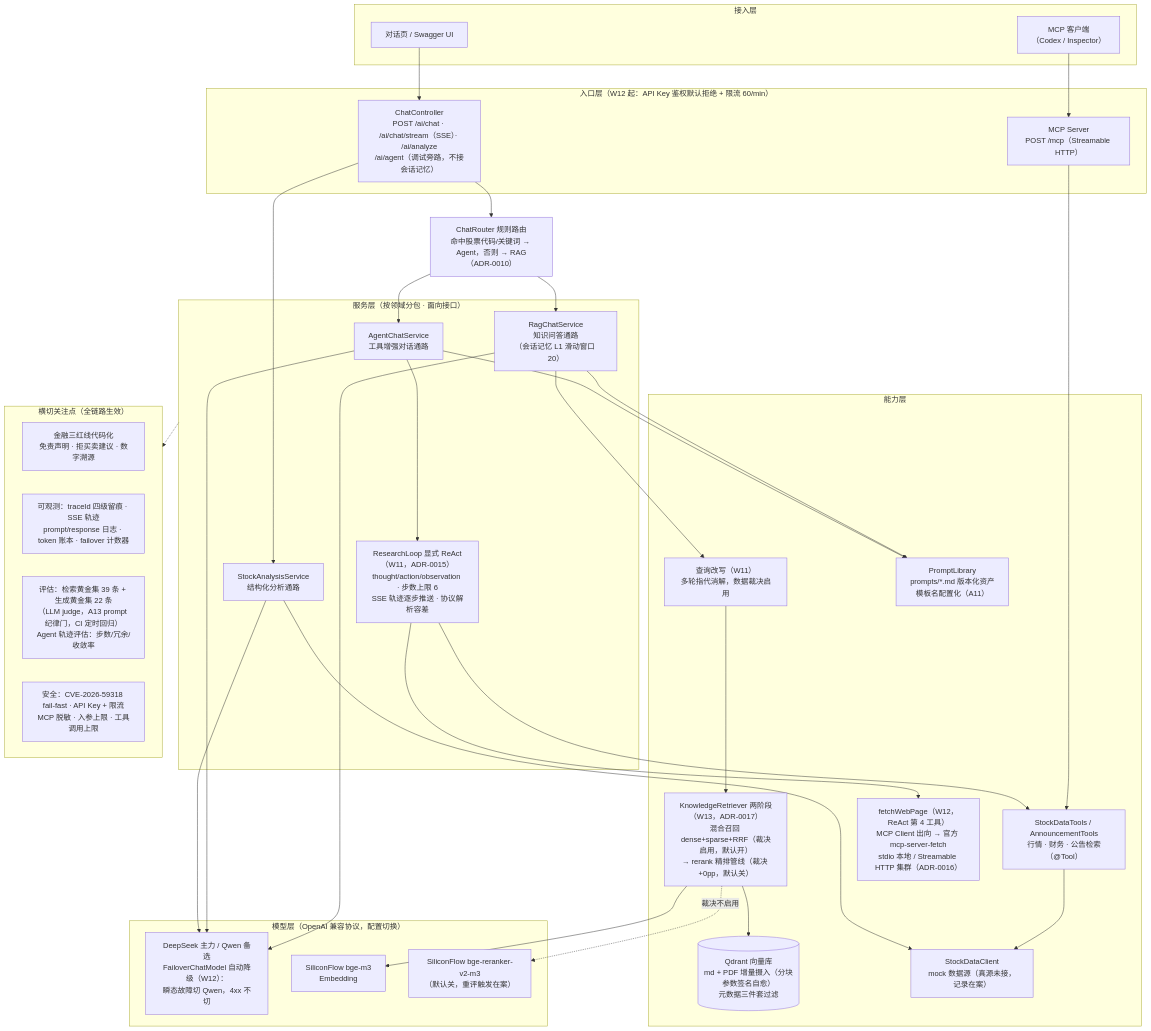
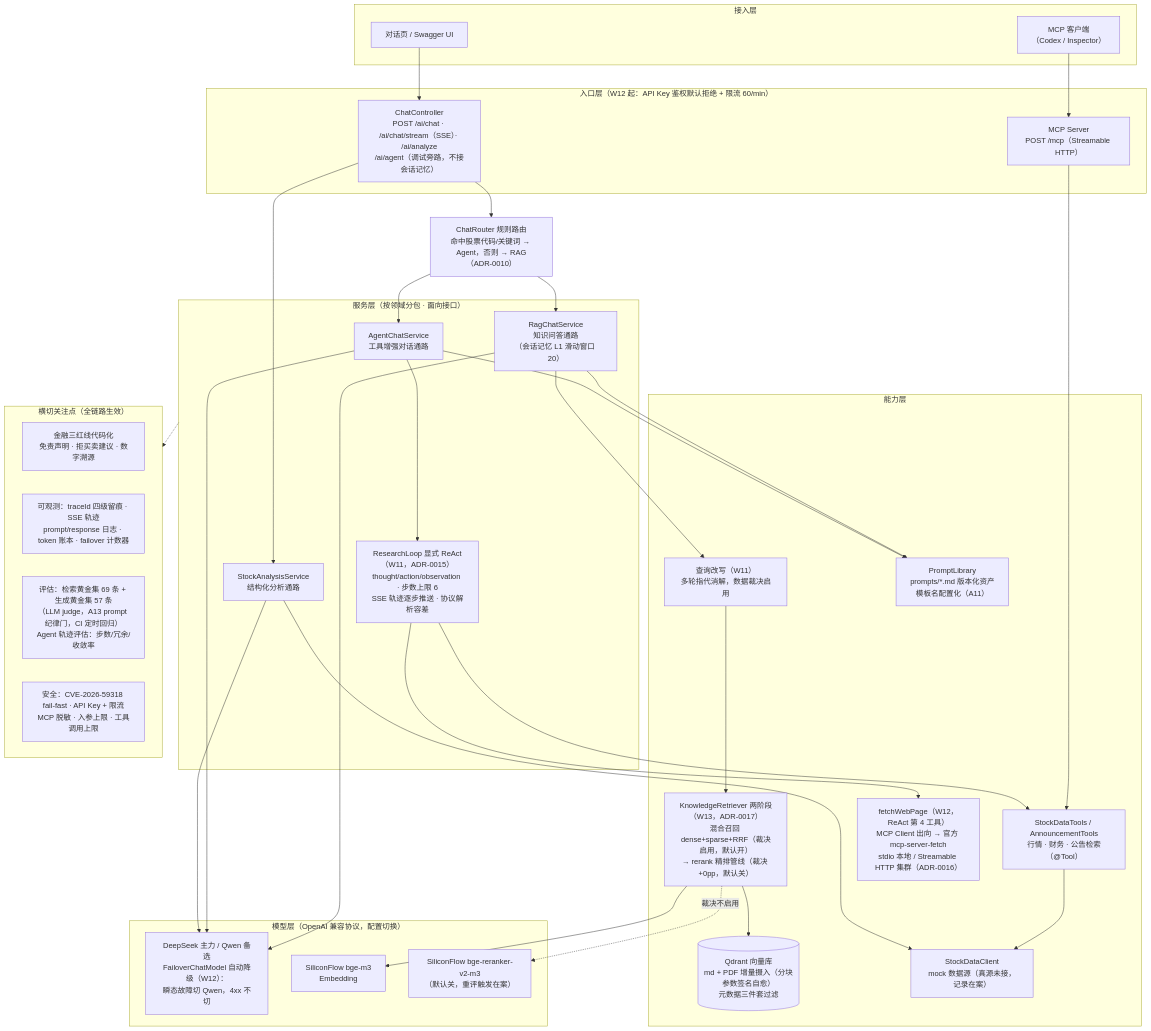
One commit to GuohuiYin/ai-evolution changed the diagram in README.md. Above: the diagram before and after it, drawn with Mermaid. The commit also changed other lines of this file and 6 other files, not shown here.

Commit message:
docs: 文档防腐对齐——黄金集 69/57 实数 + W20 收官状态全站同步（README/eval/plans/蓝图§3A/能力地图/portfolio）

````diff
--- a/README.md
+++ b/README.md
@@ -60,63 +60,63 @@
 ```mermaid
 flowchart TB
     subgraph clients["接入层"]
         UI["对话页 / Swagger UI"]
         MCPClient["MCP 客户端<br/>（Codex / Inspector）"]
     end
 
     subgraph entry["入口层（W12 起：API Key 鉴权默认拒绝 + 限流 60/min）"]
         Ctrl["ChatController<br/>POST /ai/chat · /ai/chat/stream（SSE）· /ai/analyze<br/>/ai/agent（调试旁路，不接会话记忆）"]
         MCPServer["MCP Server<br/>POST /mcp（Streamable HTTP）"]
     end
 
     Router["ChatRouter 规则路由<br/>命中股票代码/关键词 → Agent，否则 → RAG<br/>（ADR-0010）"]
 
     subgraph services["服务层（按领域分包 · 面向接口）"]
         RAG["RagChatService<br/>知识问答通路<br/>（会话记忆 L1 滑动窗口 20）"]
         Agent["AgentChatService<br/>工具增强对话通路"]
         Loop["ResearchLoop 显式 ReAct（W11，ADR-0015）<br/>thought/action/observation · 步数上限 6<br/>SSE 轨迹逐步推送 · 协议解析容差"]
         Analyze["StockAnalysisService<br/>结构化分析通路"]
     end
 
     subgraph capability["能力层"]
         Rewrite["查询改写（W11）<br/>多轮指代消解，数据裁决启用"]
         Retriever["KnowledgeRetriever 两阶段（W13，ADR-0017）<br/>混合召回 dense+sparse+RRF（裁决启用，默认开）<br/>→ rerank 精排管线（裁决 +0pp，默认关）"]
         Qdrant[("Qdrant 向量库<br/>md + PDF 增量摄入（分块参数签名自愈）<br/>元数据三件套过滤")]
         Tools["StockDataTools / AnnouncementTools<br/>行情 · 财务 · 公告检索（@Tool）"]
         Fetch["fetchWebPage（W12，ReAct 第 4 工具）<br/>MCP Client 出向 → 官方 mcp-server-fetch<br/>stdio 本地 / Streamable HTTP 集群（ADR-0016）"]
         StockClient["StockDataClient<br/>mock 数据源（真源未接，记录在案）"]
         Prompts["PromptLibrary<br/>prompts/*.md 版本化资产<br/>模板名配置化（A11）"]
     end
 
     subgraph models["模型层（OpenAI 兼容协议，配置切换）"]
         LLM["DeepSeek 主力 / Qwen 备选<br/>FailoverChatModel 自动降级（W12）：<br/>瞬态故障切 Qwen，4xx 不切"]
         Embed["SiliconFlow bge-m3<br/>Embedding"]
         Rerank["SiliconFlow bge-reranker-v2-m3<br/>（默认关，重评触发在案）"]
     end
 
     UI --> Ctrl
     MCPClient --> MCPServer
     MCPServer --> Tools
     Ctrl --> Router
     Router --> RAG & Agent
     Ctrl --> Analyze
     Agent --> Loop
     Loop --> Tools
     Loop --> Fetch
     RAG --> Rewrite --> Retriever --> Qdrant
     RAG --> Prompts
     Agent --> Prompts
     Tools --> StockClient
     Analyze --> StockClient
     Retriever --> Embed
     Retriever -.裁决不启用.-> Rerank
     RAG & Agent & Analyze --> LLM
 
     subgraph cross["横切关注点（全链路生效）"]
         RedLines["金融三红线代码化<br/>免责声明 · 拒买卖建议 · 数字溯源"]
         Obs["可观测：traceId 四级留痕 · SSE 轨迹<br/>prompt/response 日志 · token 账本 · failover 计数器"]
-        Eval["评估：检索黄金集 39 条 + 生成黄金集 22 条<br/>（LLM judge，A13 prompt 纪律门，CI 定时回归）<br/>Agent 轨迹评估：步数/冗余/收敛率"]
+        Eval["评估：检索黄金集 69 条 + 生成黄金集 57 条<br/>（LLM judge，A13 prompt 纪律门，CI 定时回归）<br/>Agent 轨迹评估：步数/冗余/收敛率"]
         Sec["安全：CVE-2026-59318 fail-fast · API Key + 限流<br/>MCP 脱敏 · 入参上限 · 工具调用上限"]
     end
     services -.-> cross
 ```
````
